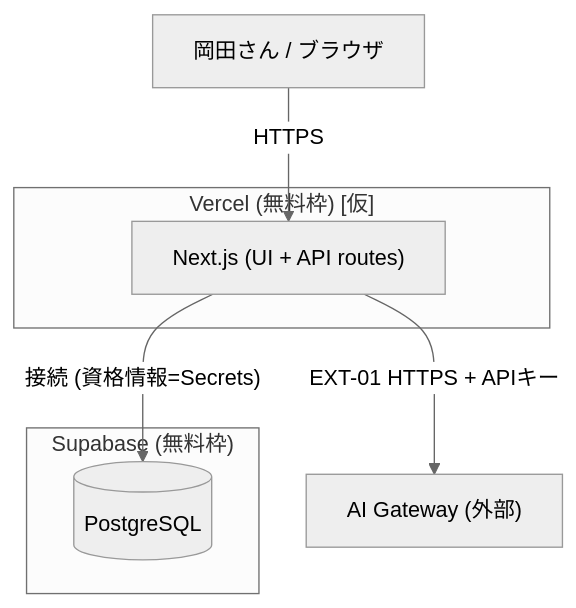
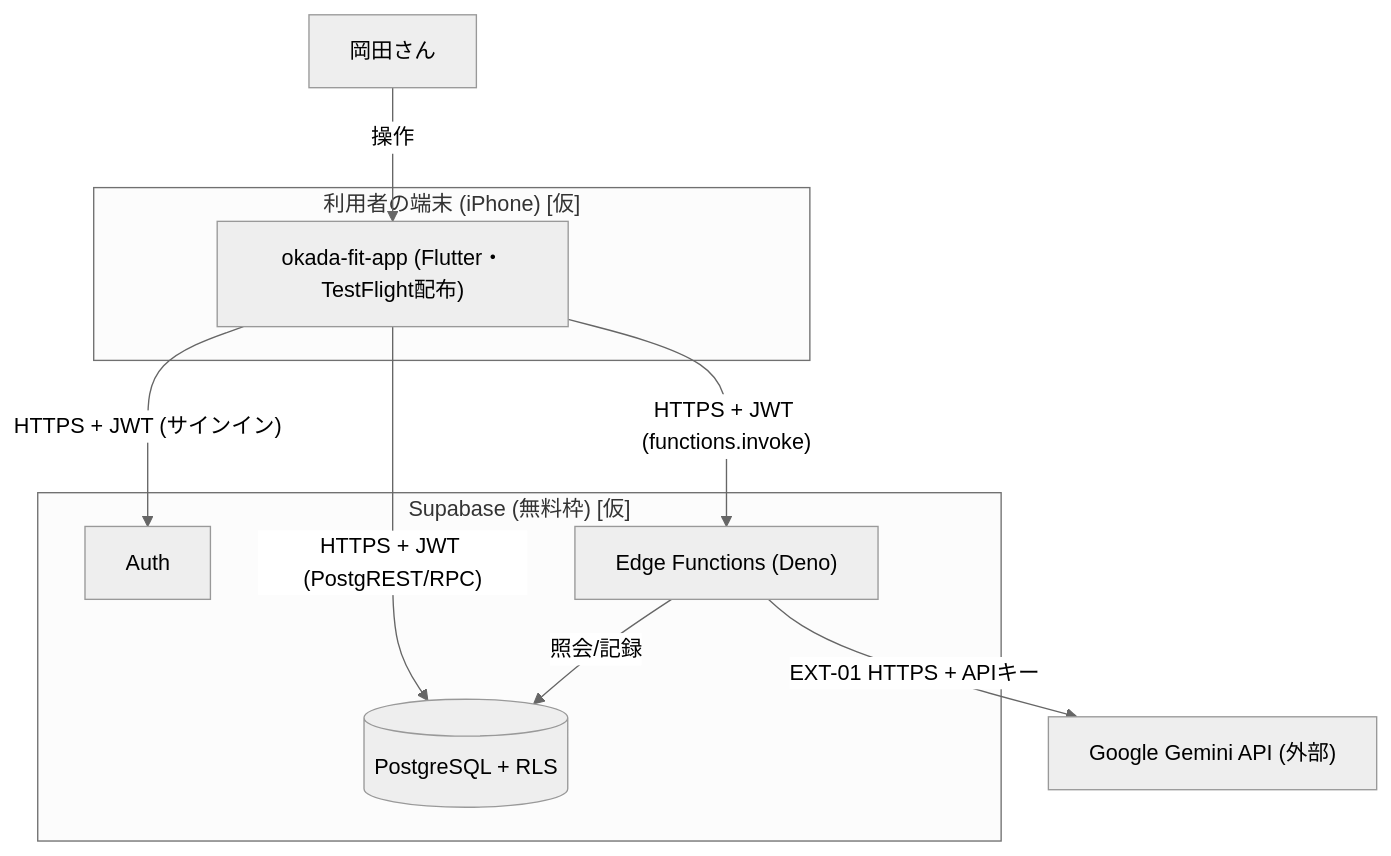
The diagram in docs/02_設計/20_インフラ設計/01_システム構成・環境.md (k-okada51/okada-fit), drawn with Mermaid (neutral theme) before and after one commit. The commit also changed other lines of this file and 37 other files, not shown here.

````diff
--- a/docs/02_設計/20_インフラ設計/01_システム構成・環境.md
+++ b/docs/02_設計/20_インフラ設計/01_システム構成・環境.md
@@ -18,12 +18,17 @@
 ```mermaid
 flowchart TD
-  subgraph Vercel["Vercel (無料枠) [仮]"]
-    APP["Next.js (UI + API routes)"]
+  subgraph Device["利用者の端末 (iPhone) [仮]"]
+    APP["okada-fit-app (Flutter・TestFlight配布)"]
   end
-  subgraph Supabase["Supabase (無料枠)"]
-    DB[("PostgreSQL")]
+  subgraph Supabase["Supabase (無料枠) [仮]"]
+    AUTH["Auth"]
+    FN["Edge Functions (Deno)"]
+    DB[("PostgreSQL + RLS")]
   end
-  U["岡田さん / ブラウザ"] -- HTTPS --> APP
-  APP -- "接続 (資格情報=Secrets)" --> DB
-  APP -- "EXT-01 HTTPS + APIキー" --> AIGW["AI Gateway (外部)"]
+  U["岡田さん"] -- 操作 --> APP
+  APP -- "HTTPS + JWT (サインイン)" --> AUTH
+  APP -- "HTTPS + JWT (PostgREST/RPC)" --> DB
+  APP -- "HTTPS + JWT (functions.invoke)" --> FN
+  FN -- 照会/記録 --> DB
+  FN -- "EXT-01 HTTPS + APIキー" --> GEMINI["Google Gemini API (外部)"]
 ```
````
